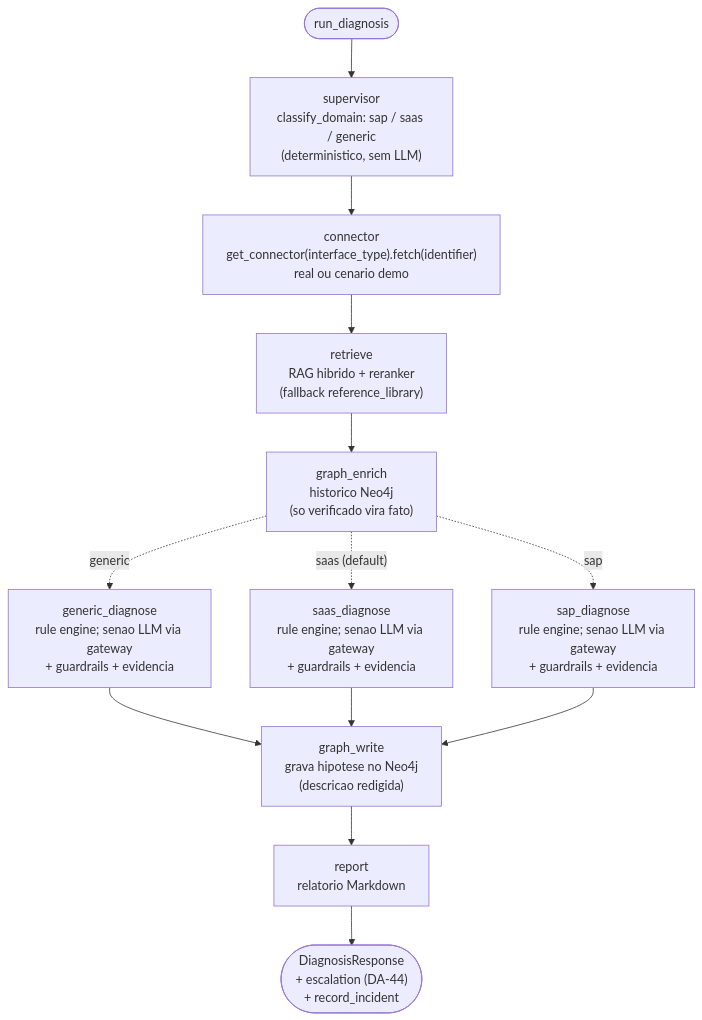
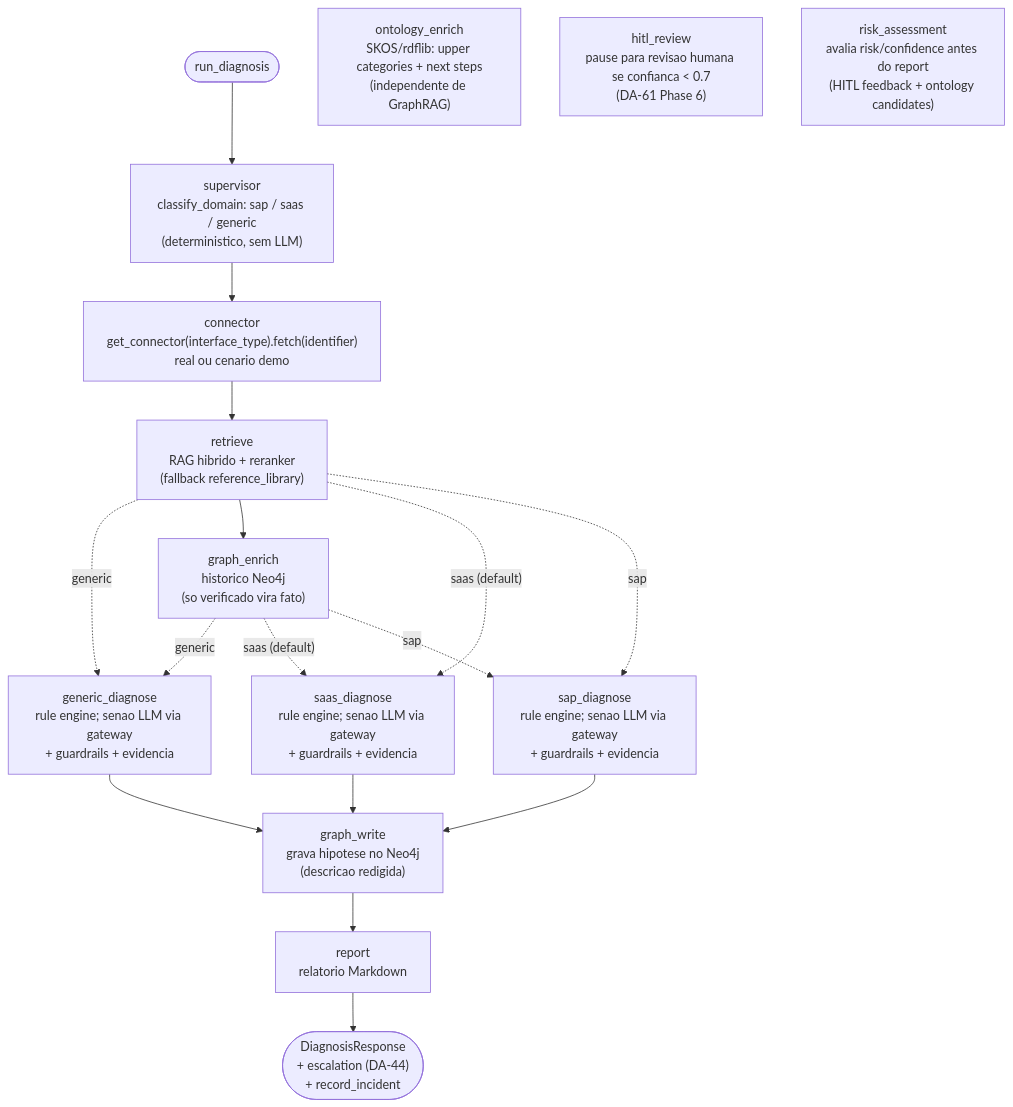
Before and after one commit to marcos-slima/integration-incident-copilot: the fourth of 15 diagrams in docs/ARCHITECTURE.md, drawn with Mermaid. The commit also changed other lines of this file and 14 other files, not shown here.

First line of the commit message:
feat(DA-61): implement Fase 6 (HITL + risk assessment)

````diff
--- a/docs/ARCHITECTURE.md
+++ b/docs/ARCHITECTURE.md
@@ -141,26 +144,32 @@
 ```mermaid
 flowchart TD
     inicio(["run_diagnosis"])
     supervisor["supervisor<br/>classify_domain: sap / saas / generic<br/>(deterministico, sem LLM)"]
     connector["connector<br/>get_connector(interface_type).fetch(identifier)<br/>real ou cenario demo"]
     retrieve["retrieve<br/>RAG hibrido + reranker<br/>(fallback reference_library)"]
     sap_diagnose["sap_diagnose<br/>rule engine; senao LLM via gateway<br/>+ guardrails + evidencia"]
     saas_diagnose["saas_diagnose<br/>rule engine; senao LLM via gateway<br/>+ guardrails + evidencia"]
     generic_diagnose["generic_diagnose<br/>rule engine; senao LLM via gateway<br/>+ guardrails + evidencia"]
     report["report<br/>relatorio Markdown"]
+    ontology_enrich["ontology_enrich<br/>SKOS/rdflib: upper categories + next steps<br/>(independente de GraphRAG)"]
+    hitl_review["hitl_review<br/>pause para revisao humana se confianca < 0.7<br/>(DA-61 Phase 6)"]
+    risk_assessment["risk_assessment<br/>avalia risk/confidence antes do report<br/>(HITL feedback + ontology candidates)"]
     graph_enrich["graph_enrich<br/>historico Neo4j<br/>(so verificado vira fato)"]
     graph_write["graph_write<br/>grava hipotese no Neo4j<br/>(descricao redigida)"]
     fim(["DiagnosisResponse<br/>+ escalation (DA-44)<br/>+ record_incident"])
     inicio --> supervisor
     connector --> retrieve
     generic_diagnose --> graph_write
     graph_enrich -.->|"generic"| generic_diagnose
     graph_enrich -.->|"saas (default)"| saas_diagnose
     graph_enrich -.->|"sap"| sap_diagnose
     graph_write --> report
     report --> fim
+    retrieve -.->|"generic"| generic_diagnose
     retrieve --> graph_enrich
+    retrieve -.->|"saas (default)"| saas_diagnose
+    retrieve -.->|"sap"| sap_diagnose
     saas_diagnose --> graph_write
     sap_diagnose --> graph_write
     supervisor --> connector
 ```
````
